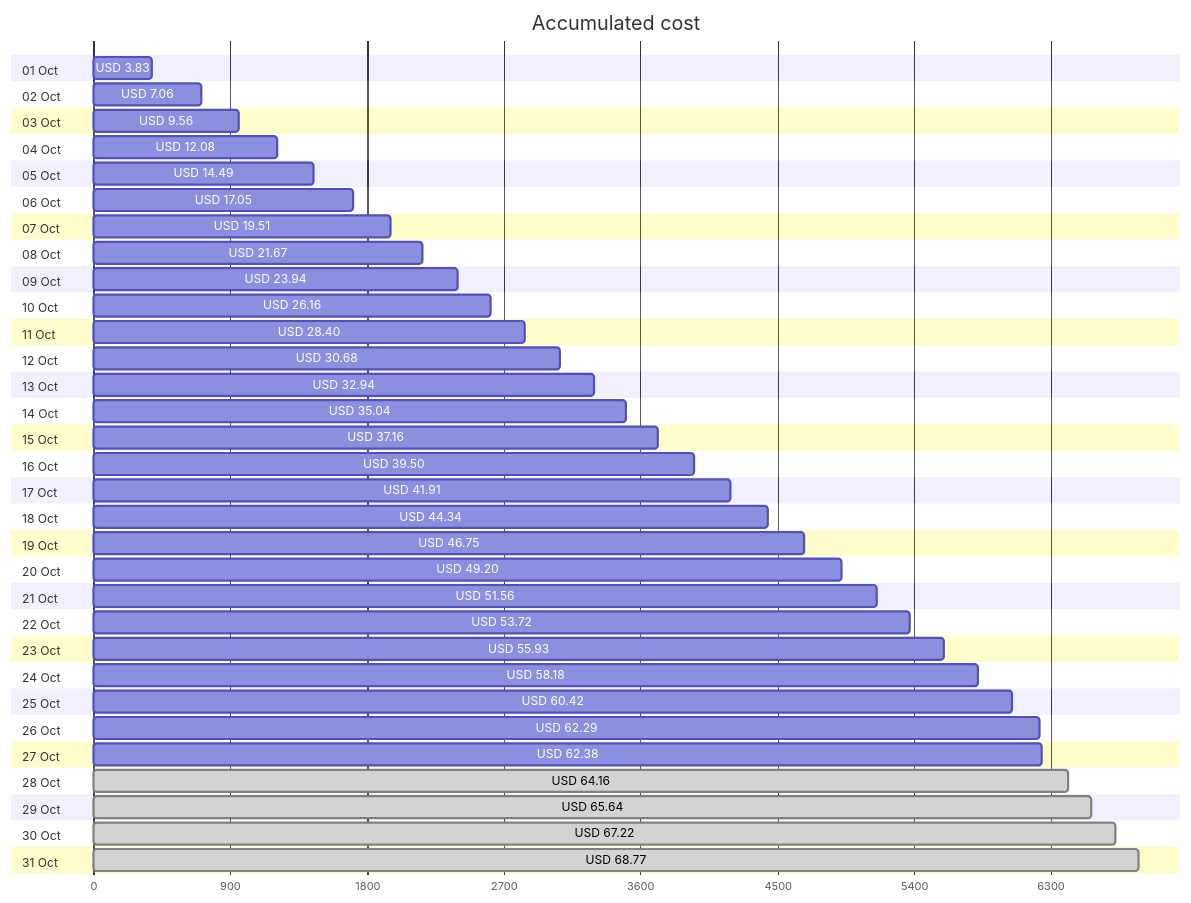
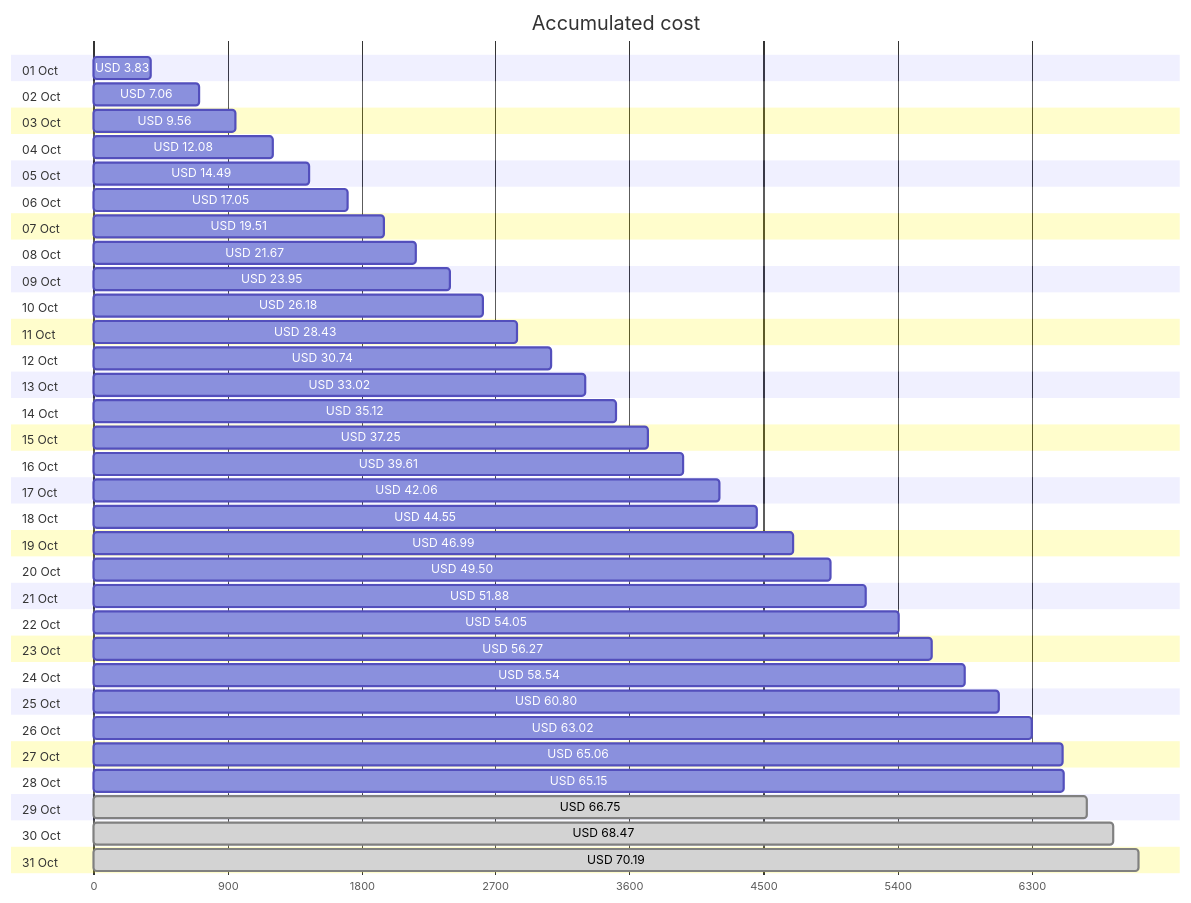
The first of 4 diagrams in cost-reports/accumulated-cost.md (jpfulton/azure-personal-reports), drawn with Mermaid before and after one commit. The commit also changed other lines of this file and 4 other files, not shown here.

````diff
--- a/cost-reports/accumulated-cost.md
+++ b/cost-reports/accumulated-cost.md
@@ -20,68 +20,68 @@
 ```mermaid
 gantt
    title Accumulated cost
    dateFormat  X
    axisFormat %s
    section 01 Oct
    USD 3.83 :0, 383
    section 02 Oct
    USD 7.06 :0, 706
    section 03 Oct
    USD 9.56 :0, 956
    section 04 Oct
    USD 12.08 :0, 1208
    section 05 Oct
    USD 14.49 :0, 1449
    section 06 Oct
    USD 17.05 :0, 1705
    section 07 Oct
    USD 19.51 :0, 1951
    section 08 Oct
    USD 21.67 :0, 2167
    section 09 Oct
-   USD 23.94 :0, 2394
+   USD 23.95 :0, 2395
    section 10 Oct
-   USD 26.16 :0, 2616
+   USD 26.18 :0, 2618
    section 11 Oct
-   USD 28.40 :0, 2840
+   USD 28.43 :0, 2843
    section 12 Oct
-   USD 30.68 :0, 3068
+   USD 30.74 :0, 3074
    section 13 Oct
-   USD 32.94 :0, 3294
+   USD 33.02 :0, 3302
    section 14 Oct
-   USD 35.04 :0, 3504
+   USD 35.12 :0, 3512
    section 15 Oct
-   USD 37.16 :0, 3716
+   USD 37.25 :0, 3725
    section 16 Oct
-   USD 39.50 :0, 3950
+   USD 39.61 :0, 3961
    section 17 Oct
-   USD 41.91 :0, 4191
+   USD 42.06 :0, 4206
    section 18 Oct
-   USD 44.34 :0, 4434
+   USD 44.55 :0, 4455
    section 19 Oct
-   USD 46.75 :0, 4675
+   USD 46.99 :0, 4699
    section 20 Oct
-   USD 49.20 :0, 4920
+   USD 49.50 :0, 4950
    section 21 Oct
-   USD 51.56 :0, 5156
+   USD 51.88 :0, 5188
    section 22 Oct
-   USD 53.72 :0, 5372
+   USD 54.05 :0, 5405
    section 23 Oct
-   USD 55.93 :0, 5593
+   USD 56.27 :0, 5627
    section 24 Oct
-   USD 58.18 :0, 5818
+   USD 58.54 :0, 5854
    section 25 Oct
-   USD 60.42 :0, 6042
+   USD 60.80 :0, 6080
    section 26 Oct
-   USD 62.29 :0, 6229
+   USD 63.02 :0, 6302
    section 27 Oct
-   USD 62.38 :0, 6238
+   USD 65.06 :0, 6506
    section 28 Oct
-   USD 64.16 : done, 0, 6416
+   USD 65.15 :0, 6515
    section 29 Oct
-   USD 65.64 : done, 0, 6564
+   USD 66.75 : done, 0, 6675
    section 30 Oct
-   USD 67.22 : done, 0, 6722
+   USD 68.47 : done, 0, 6847
    section 31 Oct
-   USD 68.77 : done, 0, 6877
+   USD 70.19 : done, 0, 7019
 ```
````
